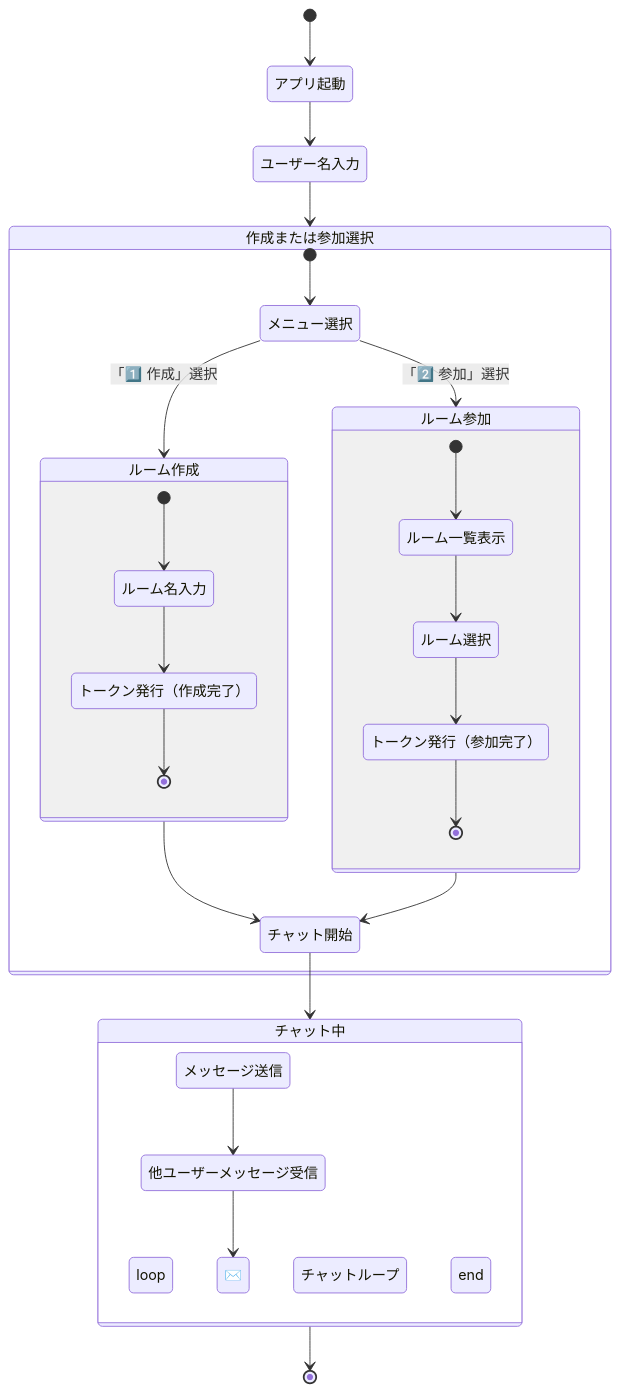
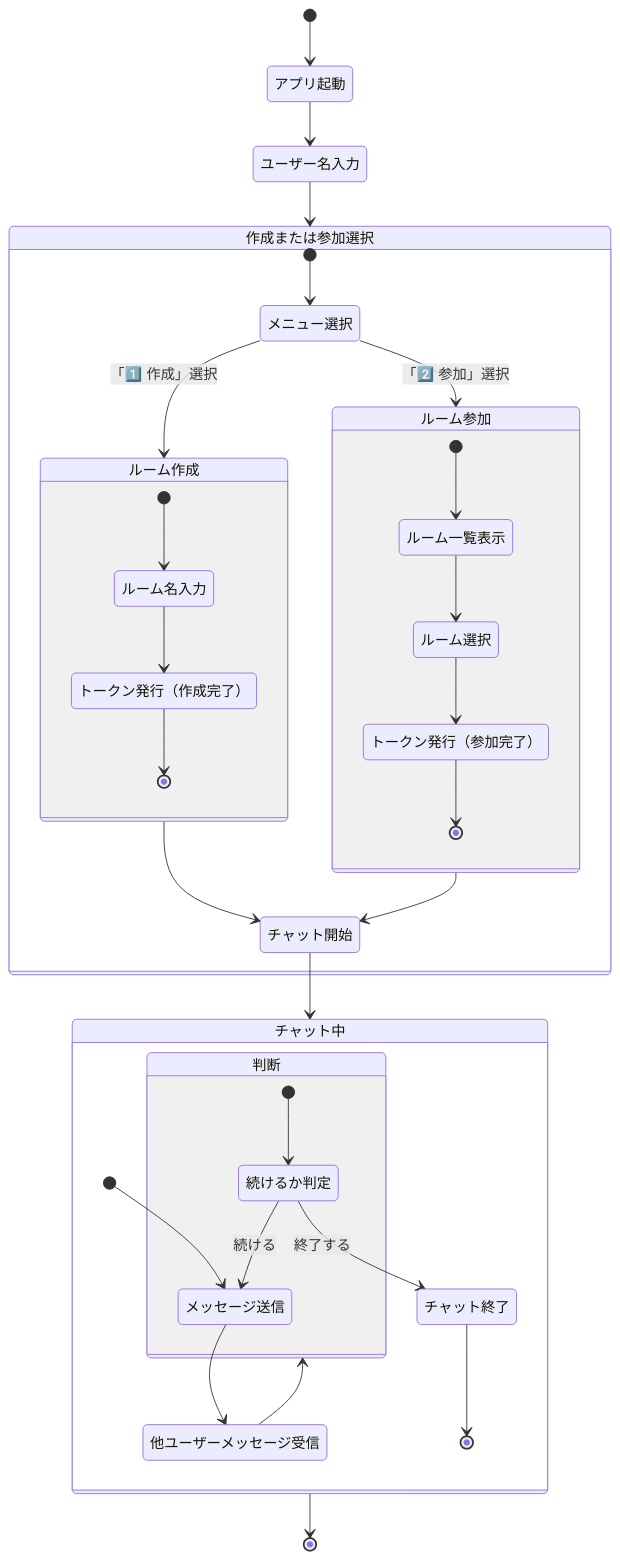
Before and after one commit to BackendExplorer/Tenshin: the first of 3 diagrams in README.md, drawn with Mermaid.

````diff
--- a/README.md
+++ b/README.md
@@ -1,42 +1,50 @@
 ```mermaid
 stateDiagram-v2
     [*] --> アプリ起動
 
     アプリ起動 --> ユーザー名入力
     ユーザー名入力 --> 作成または参加選択
 
     state 作成または参加選択 {
         [*] --> メニュー選択
 
         メニュー選択 --> ルーム作成 : 「1️⃣ 作成」選択
         メニュー選択 --> ルーム参加 : 「2️⃣ 参加」選択
 
         state ルーム作成 {
             [*] --> ルーム名入力
             ルーム名入力 --> トークン発行（作成完了）
             トークン発行（作成完了） --> [*]
         }
 
         state ルーム参加 {
             [*] --> ルーム一覧表示
             ルーム一覧表示 --> ルーム選択
             ルーム選択 --> トークン発行（参加完了）
             トークン発行（参加完了） --> [*]
         }
 
         ルーム作成 --> チャット開始
         ルーム参加 --> チャット開始
     }
 
     チャット開始 --> チャット中
 
     state チャット中 {
-        loop チャットループ
-            ✉️ メッセージ送信 --> 他ユーザーメッセージ受信
-            他ユーザーメッセージ受信 --> ✉️ メッセージ送信
-        end
+        [*] --> メッセージ送信
+
+        メッセージ送信 --> 他ユーザーメッセージ受信
+        他ユーザーメッセージ受信 --> 判断
+
+        state 判断 {
+            [*] --> 続けるか判定
+            続けるか判定 --> メッセージ送信 : 続ける
+            続けるか判定 --> チャット終了 : 終了する
+        }
+
+        チャット終了 --> [*]
     }
 
     チャット中 --> [*]
 
 ```
````
